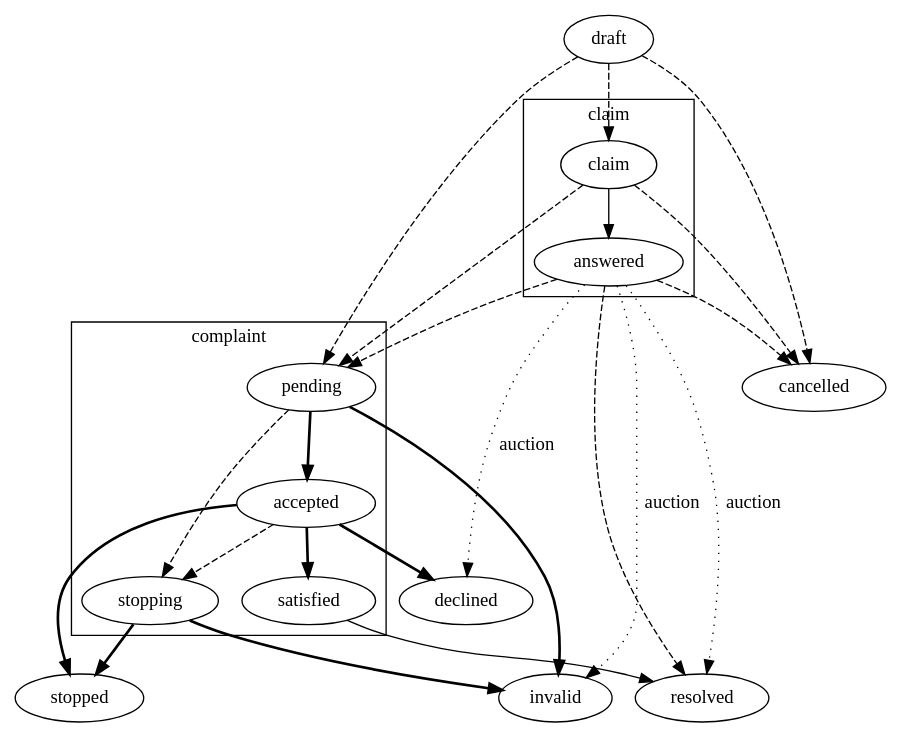
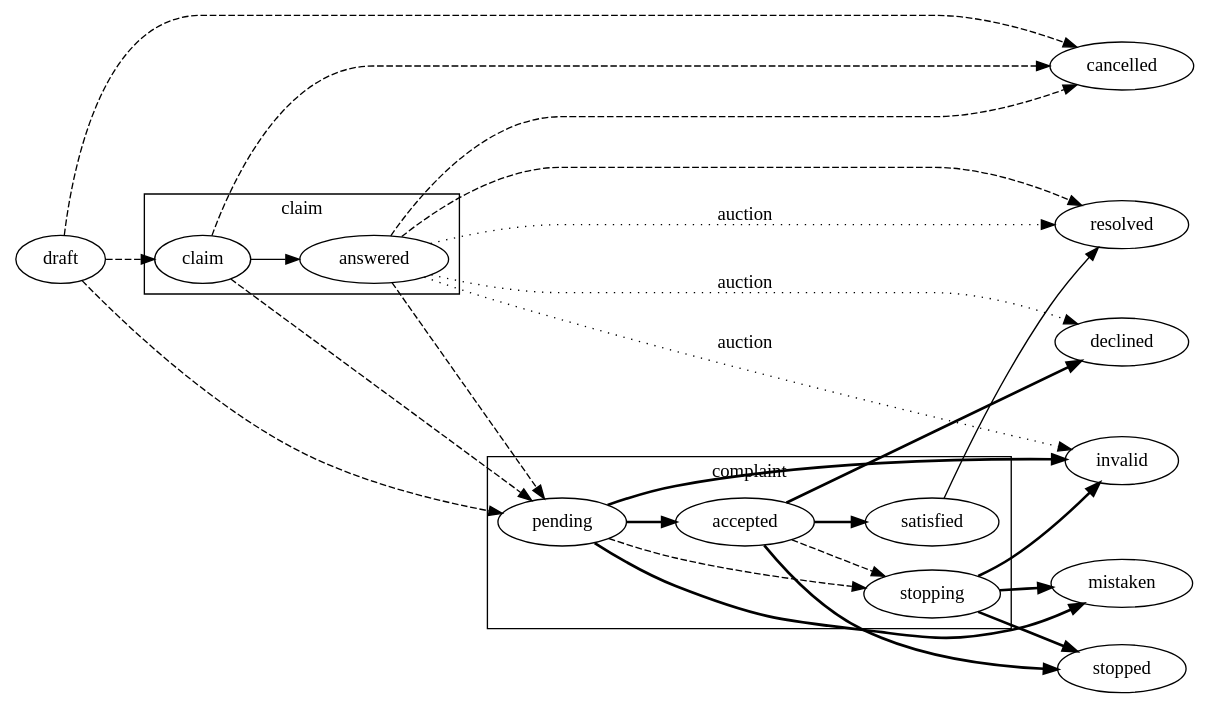
The first of 2 diagrams in docs/source/complaints.rst (ProzorroUKR/openprocurement.api), drawn with Graphviz before and after one commit. The commit also changed other lines of this file and 1 other file, not shown here.

Commit message:
Added mistaken complaint status

```diff
--- a/docs/source/complaints.rst
+++ b/docs/source/complaints.rst
@@ -18,27 +18,30 @@
 .. graphviz::
 
     digraph G {
+        rankdir=LR;
+        {rank=same; mistaken; invalid; resolved; declined; stopped; cancelled;}
         subgraph cluster_claim {
             label = "claim";
             claim; answered;
         }
         subgraph cluster_complaint {
             label = "complaint";
             pending; satisfied; accepted; stopping;
         }
         claim -> answered;
         satisfied -> resolved;
         edge[style=dashed];
         answered -> {pending,resolved};
         draft -> {claim,pending};
         claim -> pending;
         {draft,claim,answered} -> cancelled;
         pending -> stopping;
         accepted -> stopping;
         edge[style=bold];
         accepted -> {declined,satisfied,stopped};
         pending -> {accepted,invalid};
         stopping -> {stopped,invalid};
+        {pending;stopping} -> mistaken;
         edge[label="auction" style=dotted];
         answered -> {invalid,declined,resolved};
     }
```
